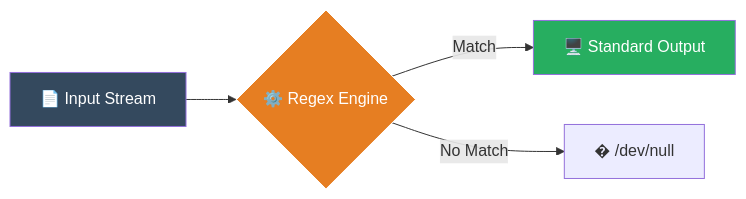
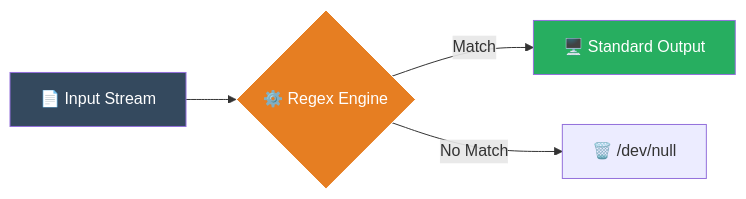
Before and after one commit to Ganil151/Devops: the diagram in 1-Beginner/02-Phase-2/02-Automation/01-Shell-Scripting/05-Searching-in-Files/README.md, drawn with Mermaid. The commit also changed other lines of this file and 32 other files, not shown here.

````diff
--- a/1-Beginner/02-Phase-2/02-Automation/01-Shell-Scripting/05-Searching-in-Files/README.md
+++ b/1-Beginner/02-Phase-2/02-Automation/01-Shell-Scripting/05-Searching-in-Files/README.md
@@ -21,10 +23,10 @@
 ```mermaid
 graph LR
     Input["📄 Input Stream"] --> Engine{"⚙️ Regex Engine"}
     Engine -- Match --> Stdout["🖥️ Standard Output"]
-    Engine -- No Match --> Null["� /dev/null"]
+    Engine -- No Match --> Null["🗑️ /dev/null"]
     
     style Input fill:#34495e,color:#fff
     style Engine fill:#e67e22,stroke:#fff,color:#fff
     style Stdout fill:#27ae60,color:#fff
 ```
````
